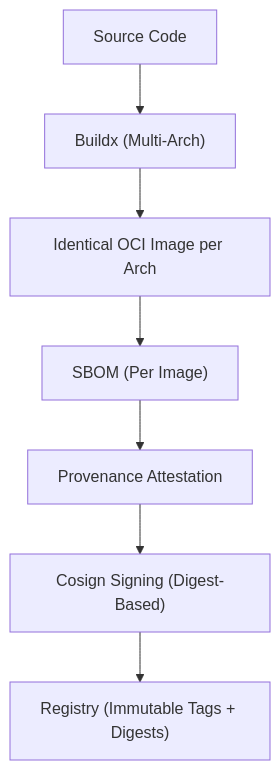
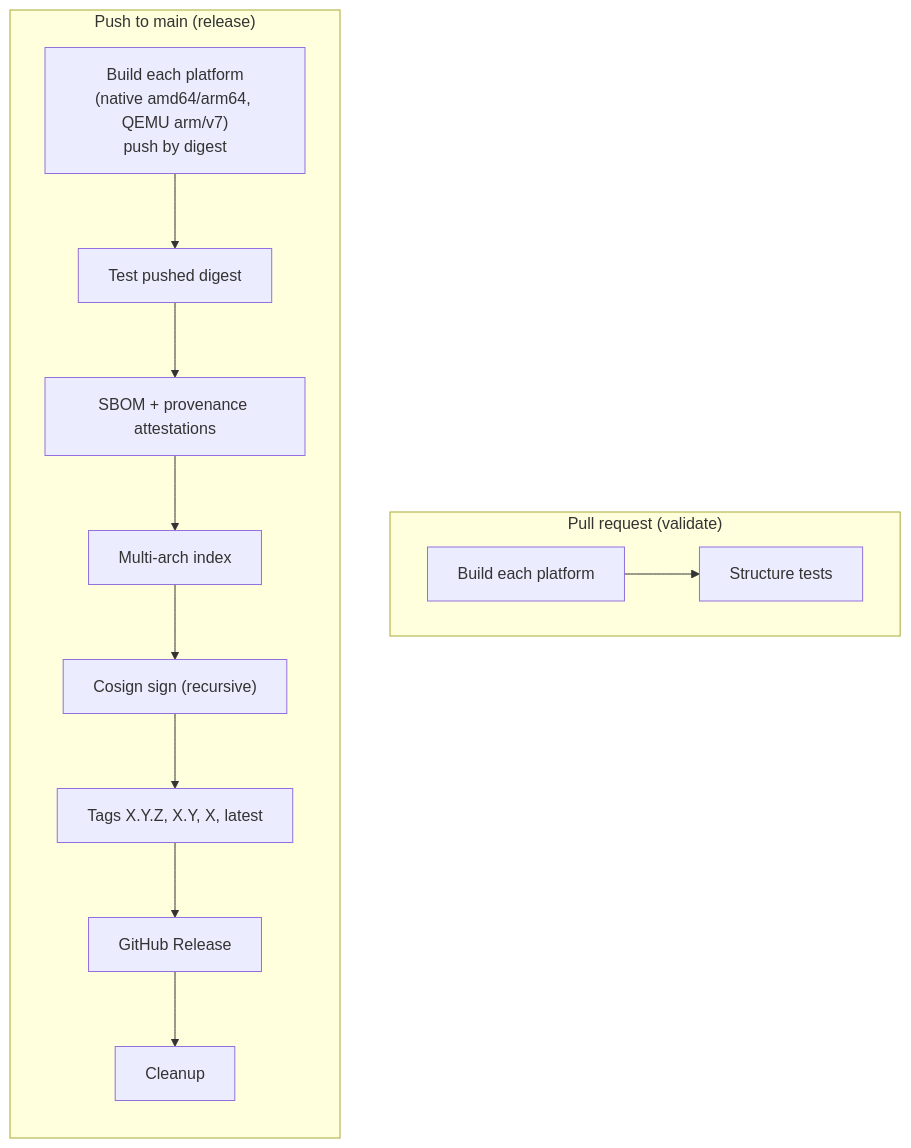
Before and after one commit to bill-of-materials/factory: the diagram in README.md, drawn with Mermaid. The commit also changed other lines of this file and 1 other file, not shown here.

````diff
--- a/README.md
+++ b/README.md
@@ -33,17 +62,19 @@
 ```mermaid
 flowchart TD
-    Source["Source Code"]
-    Build["Buildx (Multi-Arch)"]
-    Image["Identical OCI Image per Arch"]
-    SBOM["SBOM (Per Image)"]
-    Provenance["Provenance Attestation"]
-    Sign["Cosign Signing (Digest-Based)"]
-    Registry["Registry (Immutable Tags + Digests)"]
-
-    Source --> Build
-    Build --> Image
-    Image --> SBOM
-    SBOM --> Provenance
-    Provenance --> Sign
-    Sign --> Registry
+    subgraph PR["Pull request (validate)"]
+        direction LR
+        PB["Build each platform"] --> PT["Structure tests"]
+    end
+    subgraph Main["Push to main (release)"]
+        direction TD
+        B["Build each platform<br/>(native amd64/arm64, QEMU arm/v7)<br/>push by digest"]
+        T["Test pushed digest"]
+        A["SBOM + provenance attestations"]
+        I["Multi-arch index"]
+        S["Cosign sign (recursive)"]
+        G["Tags X.Y.Z, X.Y, X, latest"]
+        R["GitHub Release"]
+        C["Cleanup"]
+        B --> T --> A --> I --> S --> G --> R --> C
+    end
 ```
````
